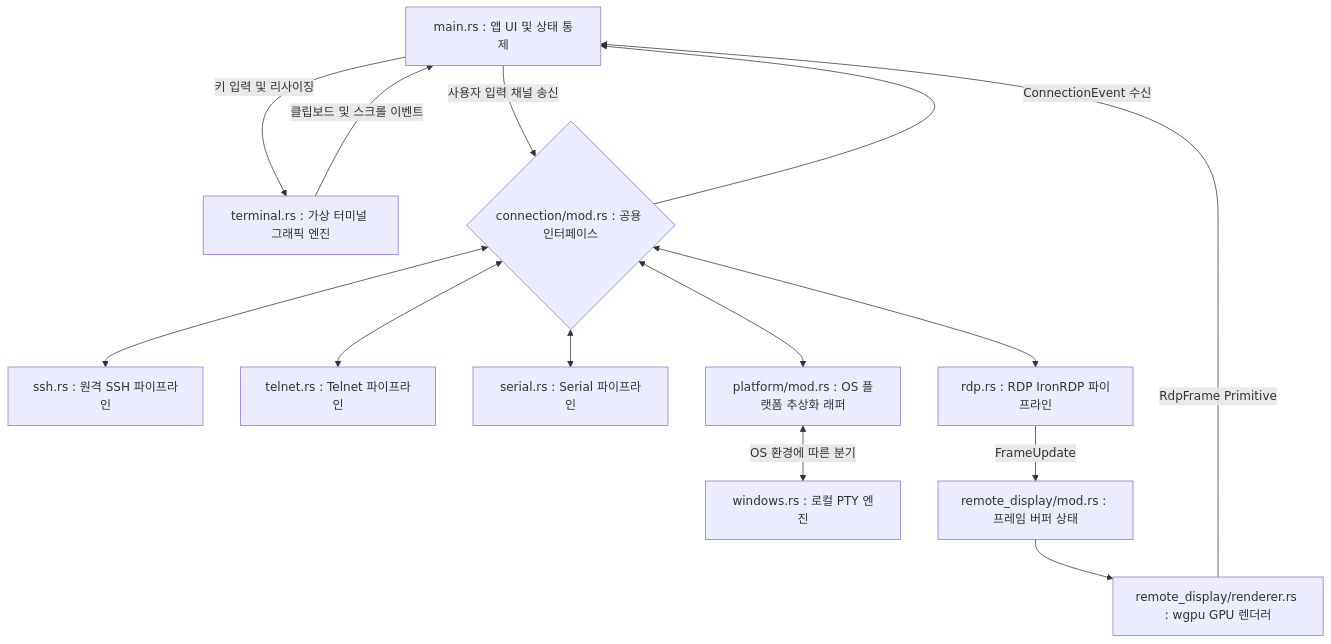
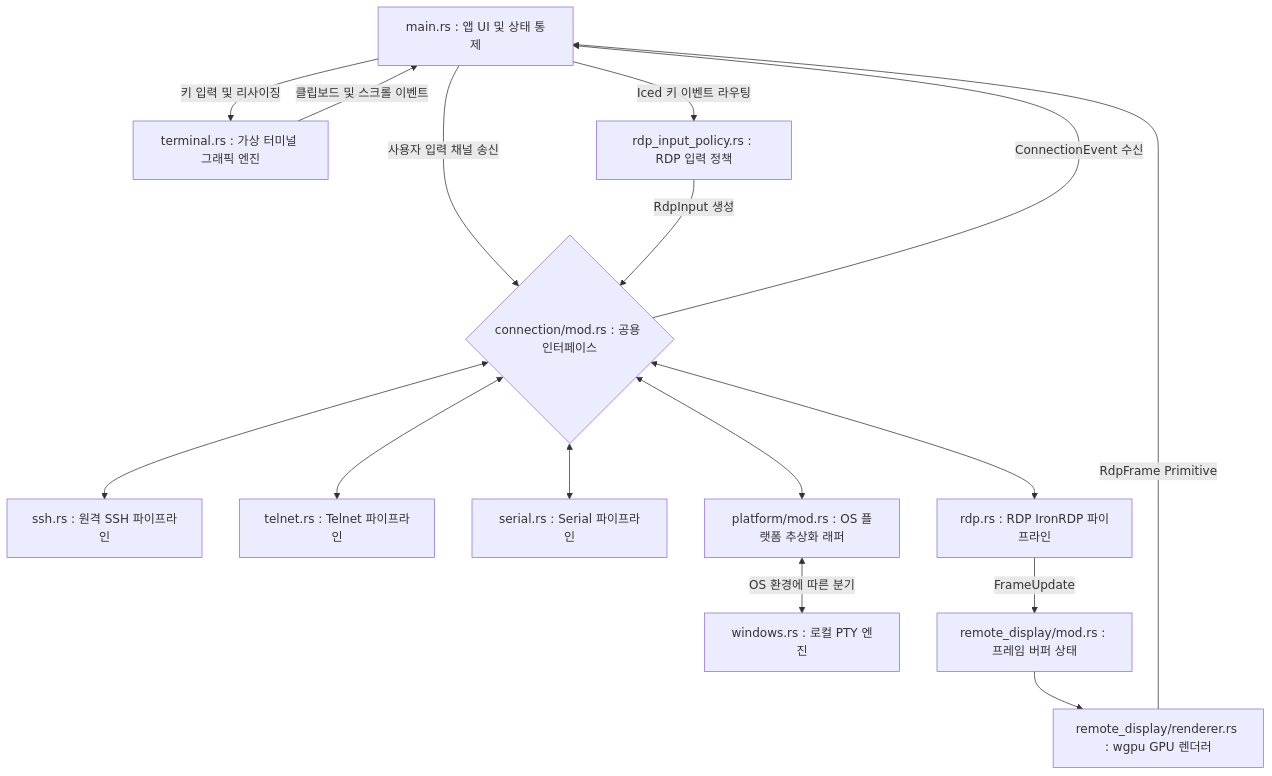
Before and after one commit to blazepsyki/kterm: the diagram in docs/kterm_architecture_overview.md, drawn with Mermaid. The commit also changed other lines of this file and 8 other files, not shown here.

````diff
--- a/docs/kterm_architecture_overview.md
+++ b/docs/kterm_architecture_overview.md
@@ -34,31 +34,35 @@
 ```mermaid
 graph TD
     M[main.rs : 앱 UI 및 상태 통제]
     T[terminal.rs : 가상 터미널 그래픽 엔진]
     C{connection/mod.rs : 공용 인터페이스}
     S[ssh.rs : 원격 SSH 파이프라인]
     TL[telnet.rs : Telnet 파이프라인]
     SR[serial.rs : Serial 파이프라인]
     R[rdp.rs : RDP IronRDP 파이프라인]
+    RP[rdp_input_policy.rs : RDP 입력 정책]
     P[platform/mod.rs : OS 플랫폼 추상화 래퍼]
     L[windows.rs : 로컬 PTY 엔진]
     RD[remote_display/mod.rs : 프레임 버퍼 상태]
     RR[remote_display/renderer.rs : wgpu GPU 렌더러]
 
     M -->|키 입력 및 리사이징| T
     T -->|클립보드 및 스크롤 이벤트| M
 
     M -->|사용자 입력 채널 송신| C
     C -->|ConnectionEvent 수신| M
+
+    M -->|Iced 키 이벤트 라우팅| RP
+    RP -->|RdpInput 생성| C
 
     C <--> S
     C <--> TL
     C <--> SR
     C <--> R
     C <--> P
     P <-->|OS 환경에 따른 분기| L
 
     R -->|FrameUpdate| RD
     RD --> RR
     RR -->|RdpFrame Primitive| M
 ```
````
